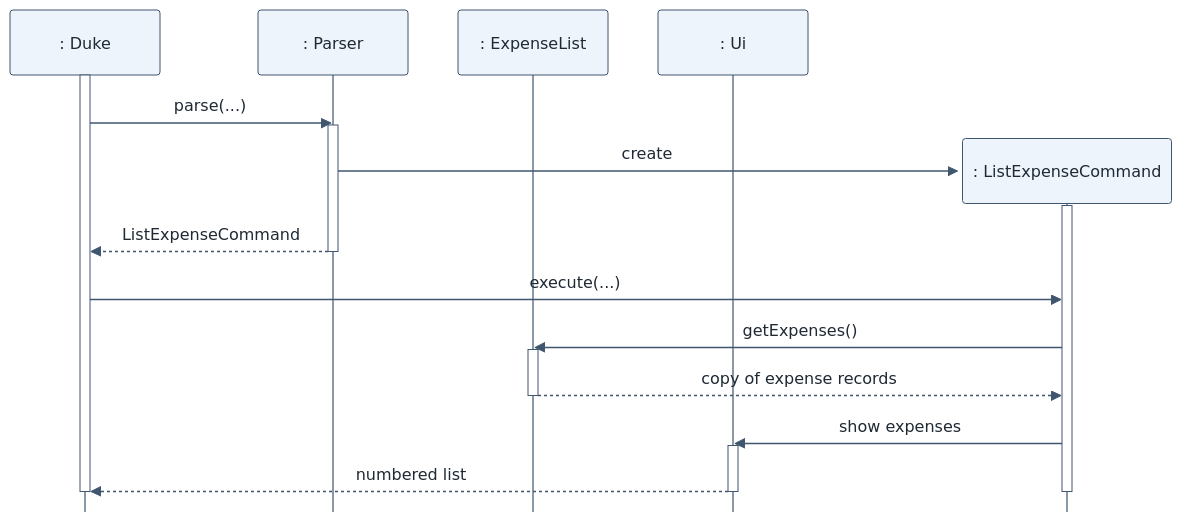
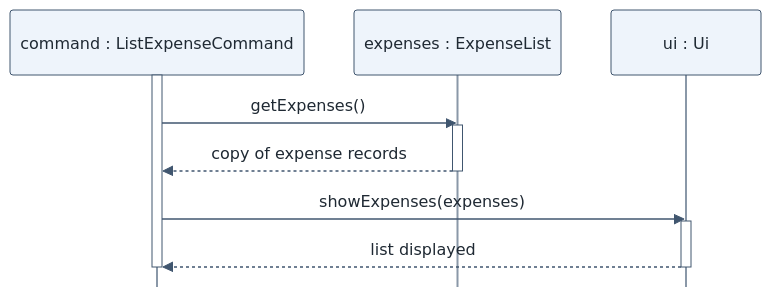
Before and after one commit to AY2627S1-CS2113-T11-1/tp: the diagram in docs/diagrams/expense-list.mmd, drawn with Mermaid. The commit also changed 6 other files, not shown here.

First line of the commit message:
docs: rebuild expense and finance sequence diagrams

```diff
--- a/docs/diagrams/expense-list.mmd
+++ b/docs/diagrams/expense-list.mmd
@@ -1,27 +1,16 @@
 %%{init: {"sequence": {"mirrorActors": false}, "themeCSS": ".actor-line { stroke-dasharray: 5 5; }", "themeVariables": {"fontSize": "20px", "actorBkg": "#eef4fb", "actorBorder": "#40566f", "actorTextColor": "#1f2933", "actorLineColor": "#8a98a8", "signalColor": "#40566f", "signalTextColor": "#1f2933", "activationBkgColor": "#ffffff", "activationBorderColor": "#40566f"}}}%%
 sequenceDiagram
-    participant D as : Duke
-    participant P as : Parser
-    participant L as : ExpenseList
-    participant U as : Ui
+    participant C as command : ListExpenseCommand
+    participant L as expenses : ExpenseList
+    participant U as ui : Ui
 
-    activate D
-    D->>P: parse(...)
-    activate P
-    create participant C as : ListExpenseCommand
-    P->>C: create
     activate C
-    P-->>D: ListExpenseCommand
-    deactivate P
-    D->>C: execute(...)
     C->>L: getExpenses()
     activate L
     L-->>C: copy of expense records
     deactivate L
-    C->>U: show expenses
+    C->>U: showExpenses(expenses)
     activate U
-    U-->>D: numbered list
+    U-->>C: list displayed
     deactivate U
     deactivate C
-    destroy C
-    deactivate D
```
